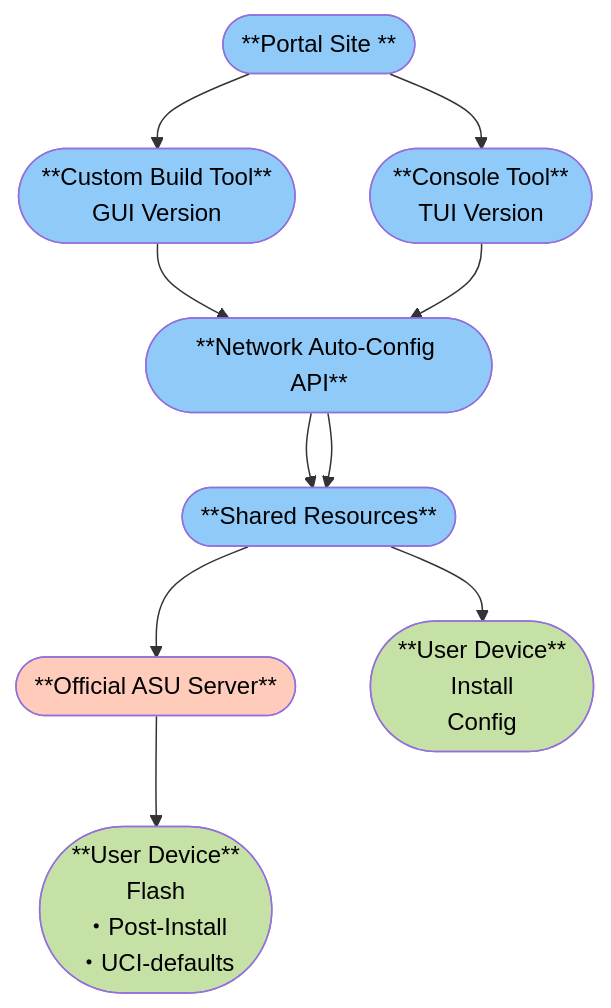
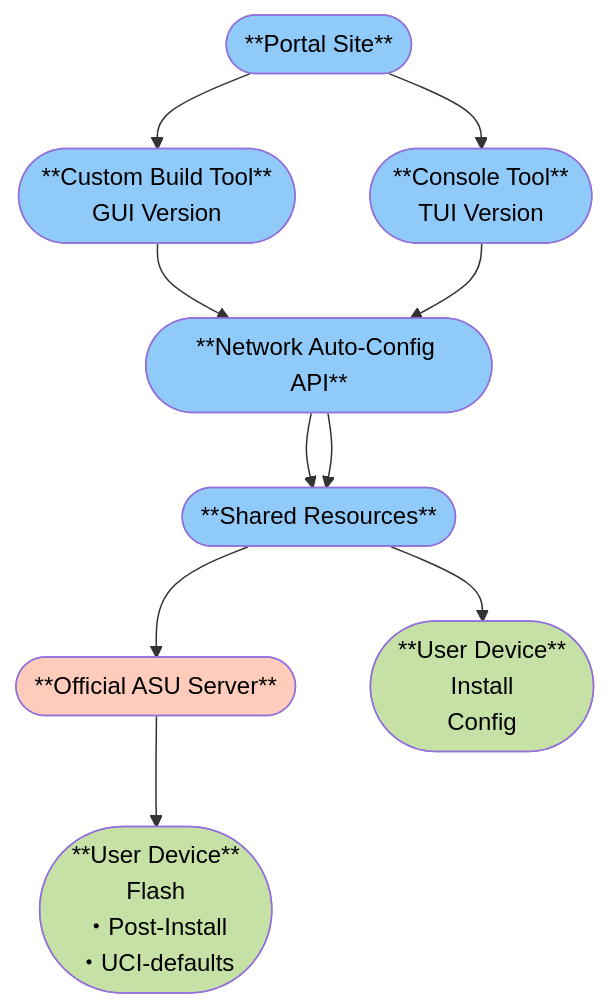
One commit to site-u2023/site-u2023.github.io changed the diagram in README.md. Above: the diagram before and after it, drawn with Mermaid.

````diff
--- a/README.md
+++ b/README.md
@@ -18,60 +18,60 @@
 ```mermaid
 graph TB
 A([
-**Portal Site **
+**Portal Site**
 ])
     
 B([
 **Custom Build Tool**
 GUI Version
 ])
 C([
 **Console Tool**
 TUI Version
 ])
     
 D([
 **Network Auto-Config API**
 ])
     
 F([
 **Shared Resources**
 
 ])
     
 E([
 **Official ASU Server**
 ])
     
 G1([
 **User Device**
 Flash
 ・Post-Install
 ・UCI-defaults
 ])
     
 G2([
 **User Device**
 Install
 Config
 ])
     
     A --> B
     A --> C
     B --> D
     C --> D
     D --> F
     D --> F
     F --> E
     E --> G1
     F --> G2
     
     style A fill:#90caf9,color:#000
     style B fill:#90caf9,color:#000
     style C fill:#90caf9,color:#000
     style D fill:#90caf9,color:#000
     style E fill:#ffccbc,color:#000
     style F fill:#90caf9,color:#000
     style G1 fill:#c5e1a5,color:#000
     style G2 fill:#c5e1a5,color:#000
 ```
````
